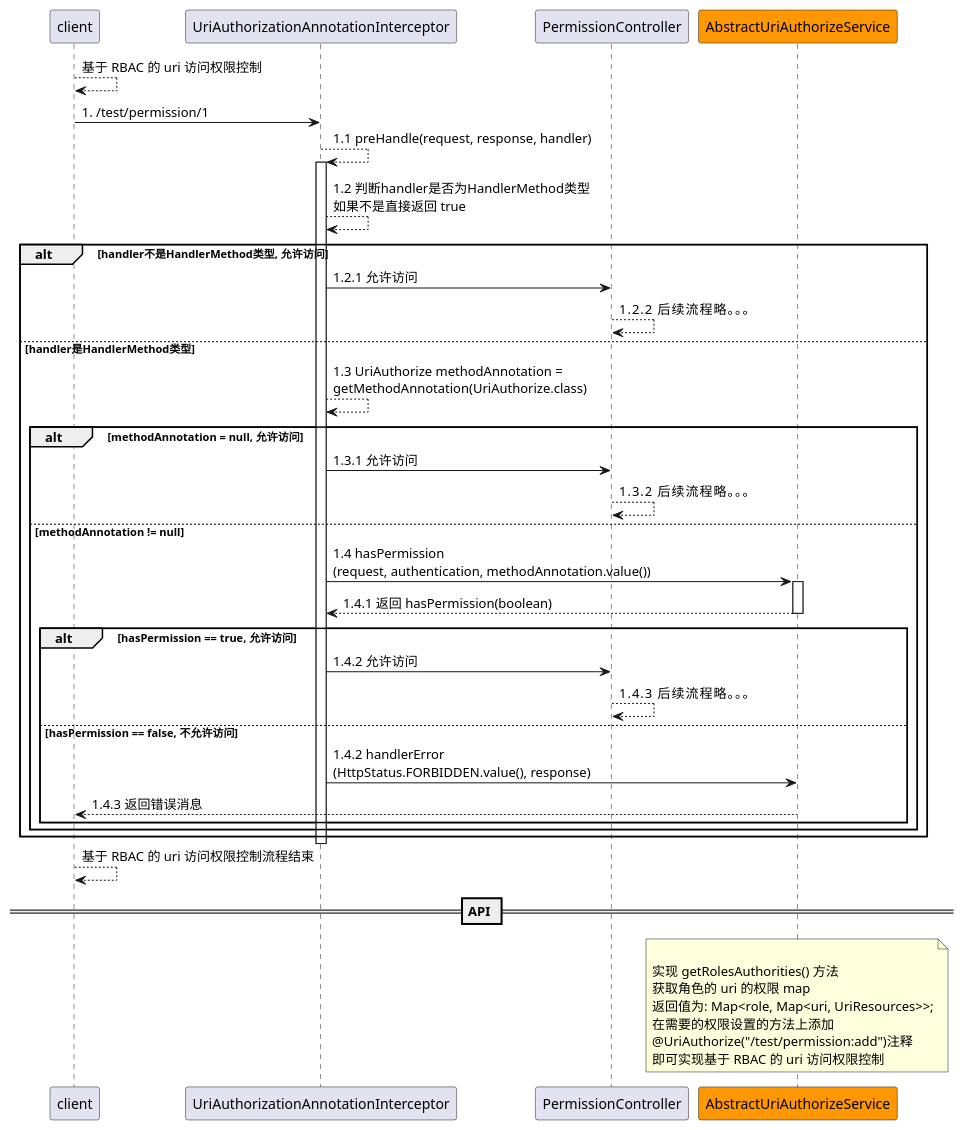
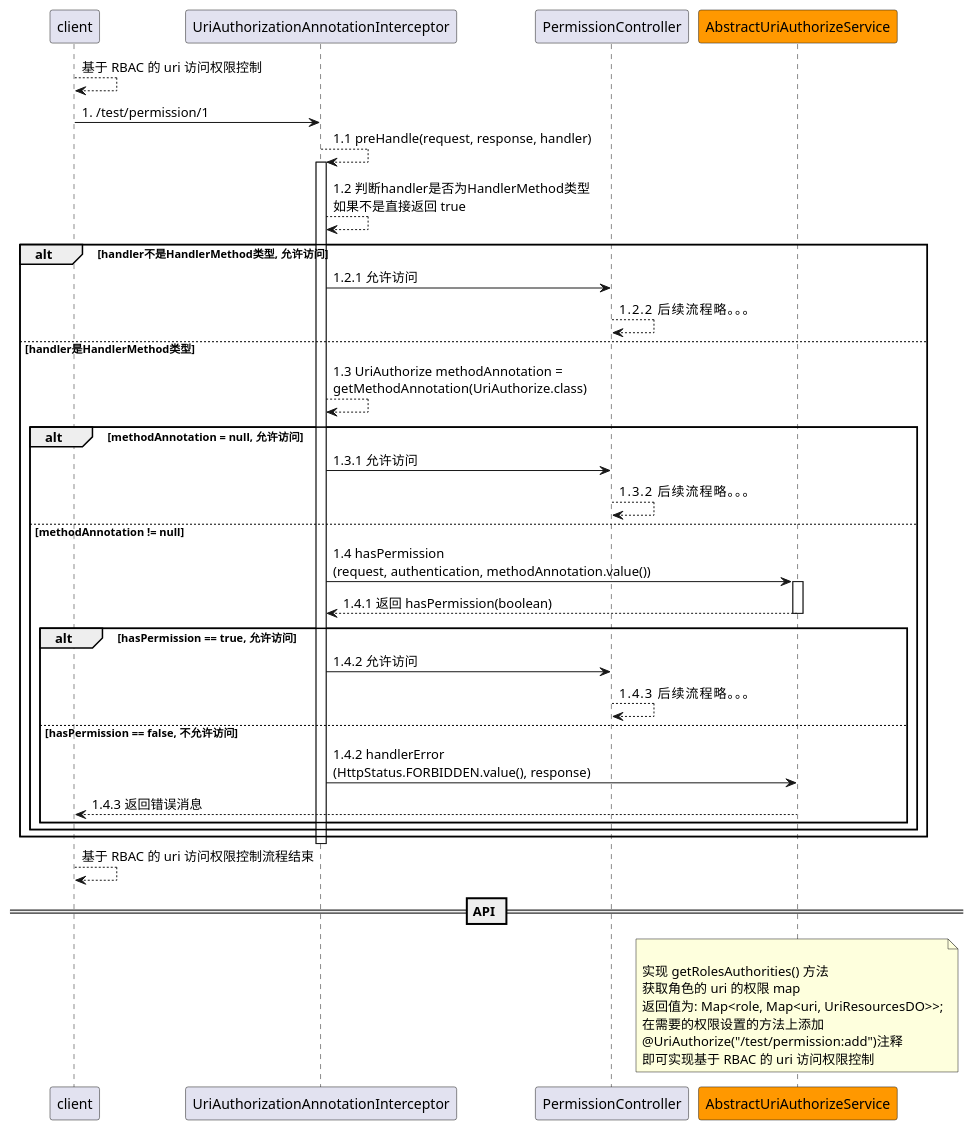
One commit to ZeroOrInfinity/UMS changed the diagram in doc/puml/uriAuthorize.puml. Above: the diagram before and after it, drawn with PlantUML. The commit also changed 6 other files, not shown here.

```diff
--- a/doc/puml/uriAuthorize.puml
+++ b/doc/puml/uriAuthorize.puml
@@ -1,50 +1,50 @@
 @startuml
 
 client --> client: 基于 RBAC 的 uri 访问权限控制
 
 client -> UriAuthorizationAnnotationInterceptor: 1. /test/permission/1
 UriAuthorizationAnnotationInterceptor --> UriAuthorizationAnnotationInterceptor: 1.1 preHandle(request, response, handler)
 activate UriAuthorizationAnnotationInterceptor
 UriAuthorizationAnnotationInterceptor --> UriAuthorizationAnnotationInterceptor: 1.2 判断handler是否为HandlerMethod类型\n\
 如果不是直接返回 true
 alt handler不是HandlerMethod类型, 允许访问
 UriAuthorizationAnnotationInterceptor -> PermissionController: 1.2.1 允许访问
 PermissionController --> PermissionController: 1.2.2 后续流程略。。。
 else handler是HandlerMethod类型
 UriAuthorizationAnnotationInterceptor --> UriAuthorizationAnnotationInterceptor: 1.3 UriAuthorize methodAnnotation =\n\
 getMethodAnnotation(UriAuthorize.class)
 alt methodAnnotation = null, 允许访问
 UriAuthorizationAnnotationInterceptor -> PermissionController: 1.3.1 允许访问
 PermissionController --> PermissionController: 1.3.2 后续流程略。。。
 else methodAnnotation != null
 participant AbstractUriAuthorizeService #ff9800
 UriAuthorizationAnnotationInterceptor -> AbstractUriAuthorizeService: 1.4 hasPermission\n\
 (request, authentication, methodAnnotation.value())
 activate AbstractUriAuthorizeService
 AbstractUriAuthorizeService --> UriAuthorizationAnnotationInterceptor: 1.4.1 返回 hasPermission(boolean)
 deactivate AbstractUriAuthorizeService
 alt hasPermission == true, 允许访问
 UriAuthorizationAnnotationInterceptor -> PermissionController: 1.4.2 允许访问
 PermissionController --> PermissionController: 1.4.3 后续流程略。。。
 else hasPermission == false, 不允许访问
 UriAuthorizationAnnotationInterceptor -> AbstractUriAuthorizeService: 1.4.2 handlerError\n\
 (HttpStatus.FORBIDDEN.value(), response)
 AbstractUriAuthorizeService --> client: 1.4.3 返回错误消息
 end
 end
 end
 
 deactivate UriAuthorizationAnnotationInterceptor
 
 client --> client: 基于 RBAC 的 uri 访问权限控制流程结束
 
 == API ==
 note over AbstractUriAuthorizeService: \n\
 实现 getRolesAuthorities() 方法\n\
 获取角色的 uri 的权限 map\n\
-返回值为: Map<role, Map<uri, UriResources>>;\n\
+返回值为: Map<role, Map<uri, UriResourcesDO>>;\n\
 在需要的权限设置的方法上添加\n\
 @UriAuthorize("/test/permission:add")注释\n\
 即可实现基于 RBAC 的 uri 访问权限控制
 
 @enduml
```
